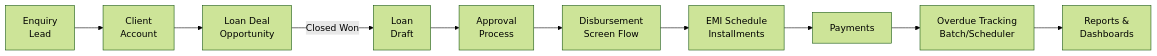
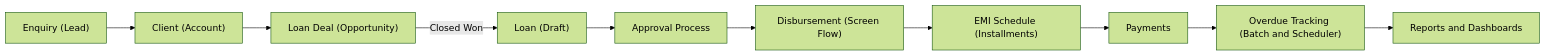
Before and after one commit to gowshilvijay26/loantrack-salesforce: the first of 3 diagrams in README.md, drawn with Mermaid (forest theme). The commit also changed other lines of this file, not shown here.

Commit message:
Update README: fix diagrams, add Agentforce section

````diff
--- a/README.md
+++ b/README.md
@@ -27,12 +26,12 @@
 ```mermaid
 flowchart LR
-    A[Enquiry<br/>Lead] --> B[Client<br/>Account]
-    B --> C[Loan Deal<br/>Opportunity]
-    C -->|Closed Won| D[Loan<br/>Draft]
-    D --> E[Approval<br/>Process]
-    E --> F[Disbursement<br/>Screen Flow]
-    F --> G[EMI Schedule<br/>Installments]
-    G --> H[Payments]
-    H --> I[Overdue Tracking<br/>Batch/Scheduler]
-    I --> J[Reports &<br/>Dashboards]
+    A["Enquiry (Lead)"] --> B["Client (Account)"]
+    B --> C["Loan Deal (Opportunity)"]
+    C -->|Closed Won| D["Loan (Draft)"]
+    D --> E["Approval Process"]
+    E --> F["Disbursement (Screen Flow)"]
+    F --> G["EMI Schedule (Installments)"]
+    G --> H["Payments"]
+    H --> I["Overdue Tracking (Batch and Scheduler)"]
+    I --> J["Reports and Dashboards"]
 ```
````
